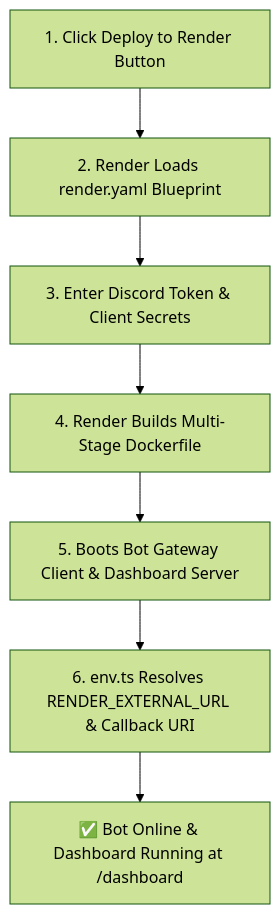
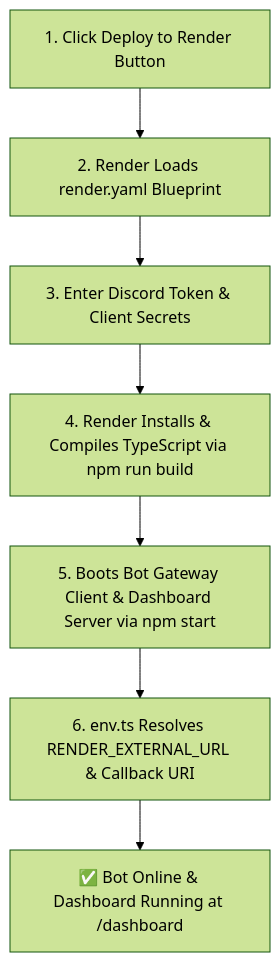
One commit to HELIX-Origin/HELIX-Discord-Bot changed the diagram in docs/deployment-render.md. Above: the diagram before and after it, drawn with Mermaid (forest theme). The commit also changed other lines of this file and 19 other files, not shown here.

````diff
--- a/docs/deployment-render.md
+++ b/docs/deployment-render.md
@@ -21,9 +22,9 @@
 ```mermaid
 flowchart TD
     Button["1. Click Deploy to Render Button"] --> Blueprint["2. Render Loads render.yaml Blueprint"]
     Blueprint --> Inputs["3. Enter Discord Token & Client Secrets"]
-    Inputs --> Build["4. Render Builds Multi-Stage Dockerfile"]
-    Build --> Launch["5. Boots Bot Gateway Client & Dashboard Server"]
+    Inputs --> Build["4. Render Installs & Compiles TypeScript via npm run build"]
+    Build --> Launch["5. Boots Bot Gateway Client & Dashboard Server via npm start"]
     Launch --> Auto["6. env.ts Resolves RENDER_EXTERNAL_URL & Callback URI"]
     Auto --> Ready["✅ Bot Online & Dashboard Running at /dashboard"]
 ```
````
